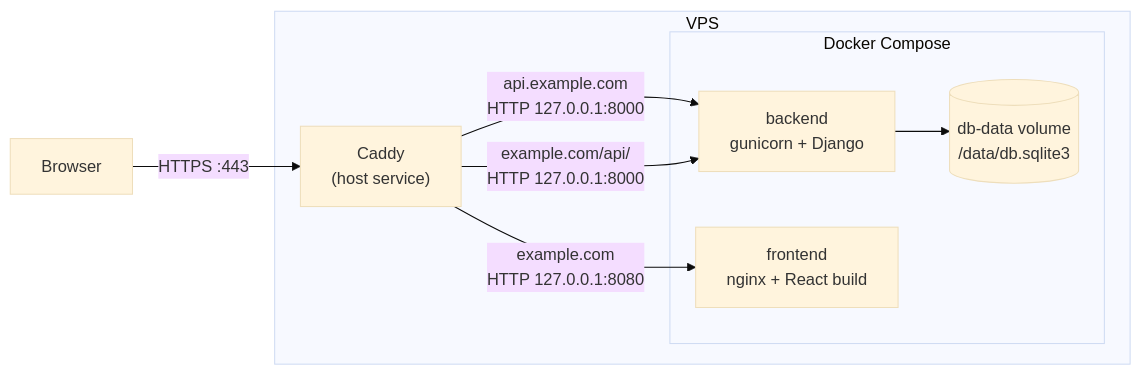
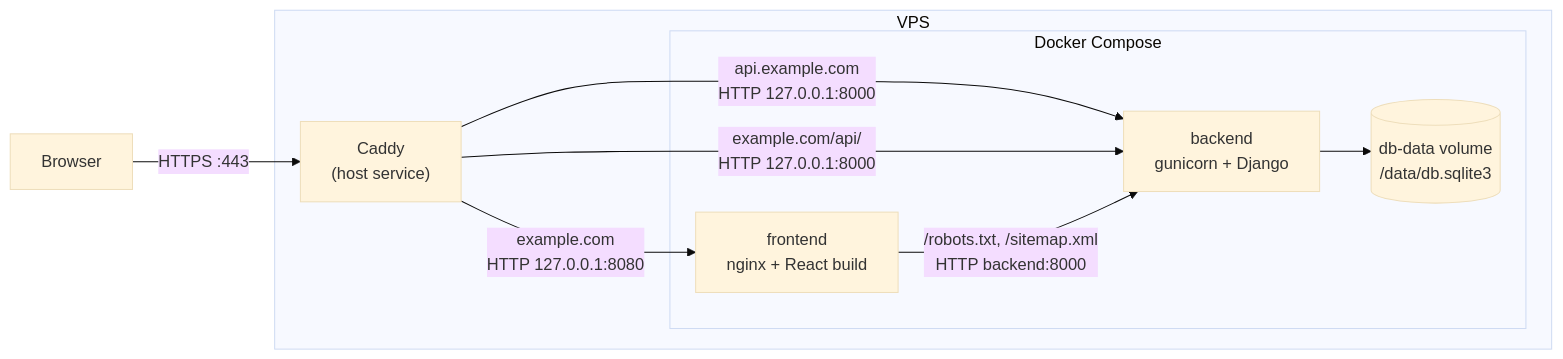
One commit to MrAleborg/portfolio changed the diagram in backend/docs/deployment.md. Above: the diagram before and after it, drawn with Mermaid (base theme). The commit also changed other lines of this file and 6 other files, not shown here.

````diff
--- a/backend/docs/deployment.md
+++ b/backend/docs/deployment.md
@@ -18,13 +18,13 @@
 ```mermaid
 flowchart LR
     Browser -- "HTTPS :443" --> Caddy["Caddy<br>(host service)"]
     subgraph VPS
         Caddy -- "api.example.com<br>HTTP 127.0.0.1:8000" --> Backend
         Caddy -- "example.com<br>HTTP 127.0.0.1:8080" --> Frontend
         Caddy -- "example.com/api/<br>HTTP 127.0.0.1:8000" --> Backend
         subgraph Compose [Docker Compose]
             Backend["backend<br>gunicorn + Django"] --> DB[("db-data volume<br>/data/db.sqlite3")]
-            Frontend["frontend<br>nginx + React build"]
+            Frontend["frontend<br>nginx + React build"] -- "/robots.txt, /sitemap.xml<br>HTTP backend:8000" --> Backend
         end
     end
 ```
````
